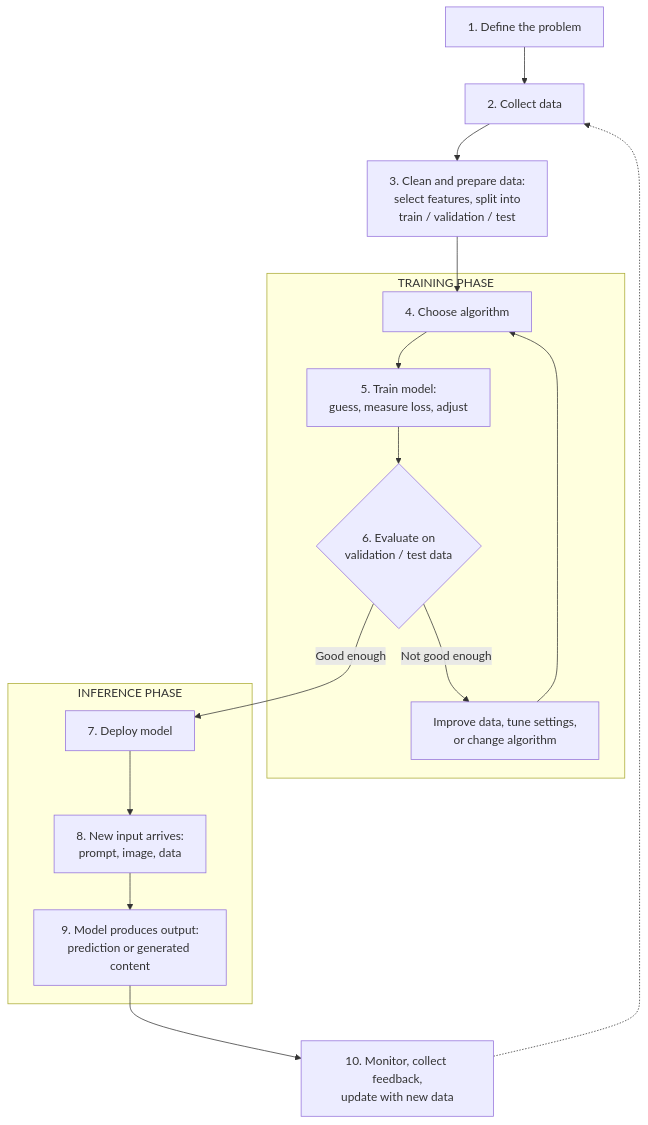
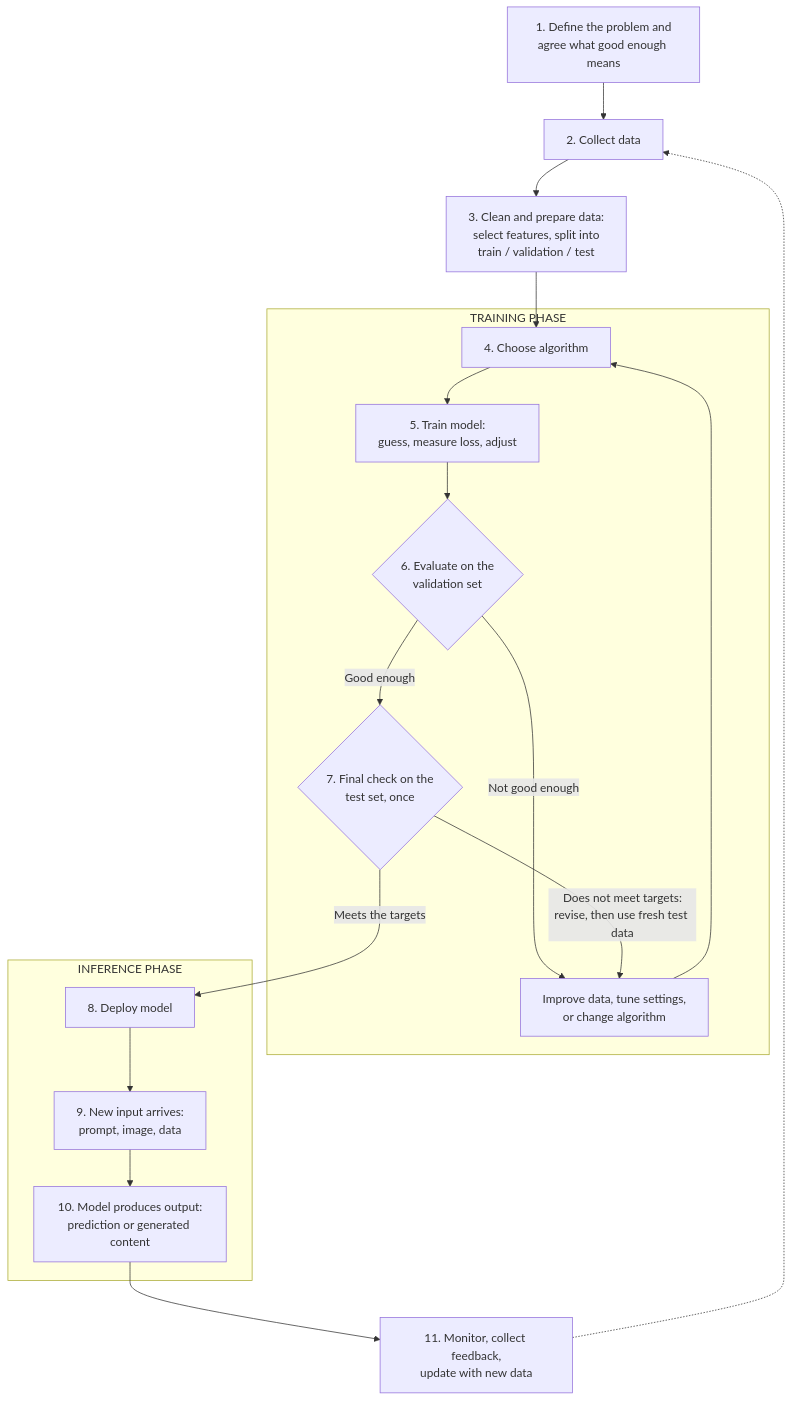
One commit to benngiiii/BABI-GULING changed the fourth of 4 diagrams in Main/study-guide/v1.0/chapter-3-how-artificial-intelligence-works/how-artificial-intelligence-works.md. Above: the diagram before and after it, drawn with Mermaid. The commit also changed other lines of this file, not shown here.

First line of the commit message:
Revise evaluation metrics and AI life cycle details

````diff
--- a/Main/study-guide/v1.0/chapter-3-how-artificial-intelligence-works/how-artificial-intelligence-works.md
+++ b/Main/study-guide/v1.0/chapter-3-how-artificial-intelligence-works/how-artificial-intelligence-works.md
@@ -530,24 +569,27 @@
 ```mermaid
 flowchart TD
-    A["1. Define the problem"]
+    A["1. Define the problem and<br/>agree what good enough means"]
     B["2. Collect data"]
     C["3. Clean and prepare data:<br/>select features, split into<br/>train / validation / test"]
     subgraph TRAINING ["TRAINING PHASE"]
         D["4. Choose algorithm"]
         E["5. Train model:<br/>guess, measure loss, adjust"]
-        F{"6. Evaluate on<br/>validation / test data"}
+        F{"6. Evaluate on the<br/>validation set"}
         G["Improve data, tune settings,<br/>or change algorithm"]
+        L{"7. Final check on the<br/>test set, once"}
     end
     subgraph INFERENCE ["INFERENCE PHASE"]
-        H["7. Deploy model"]
-        I["8. New input arrives:<br/>prompt, image, data"]
-        J["9. Model produces output:<br/>prediction or generated content"]
+        H["8. Deploy model"]
+        I["9. New input arrives:<br/>prompt, image, data"]
+        J["10. Model produces output:<br/>prediction or generated content"]
     end
-    K["10. Monitor, collect feedback,<br/>update with new data"]
+    K["11. Monitor, collect feedback,<br/>update with new data"]
     A --> B --> C --> D --> E --> F
     F -- "Not good enough" --> G
     G --> D
-    F -- "Good enough" --> H
+    F -- "Good enough" --> L
+    L -- "Meets the targets" --> H
+    L -- "Does not meet targets:<br/>revise, then use fresh test data" --> G
     H --> I --> J --> K
     K -.-> B
 ```
````
